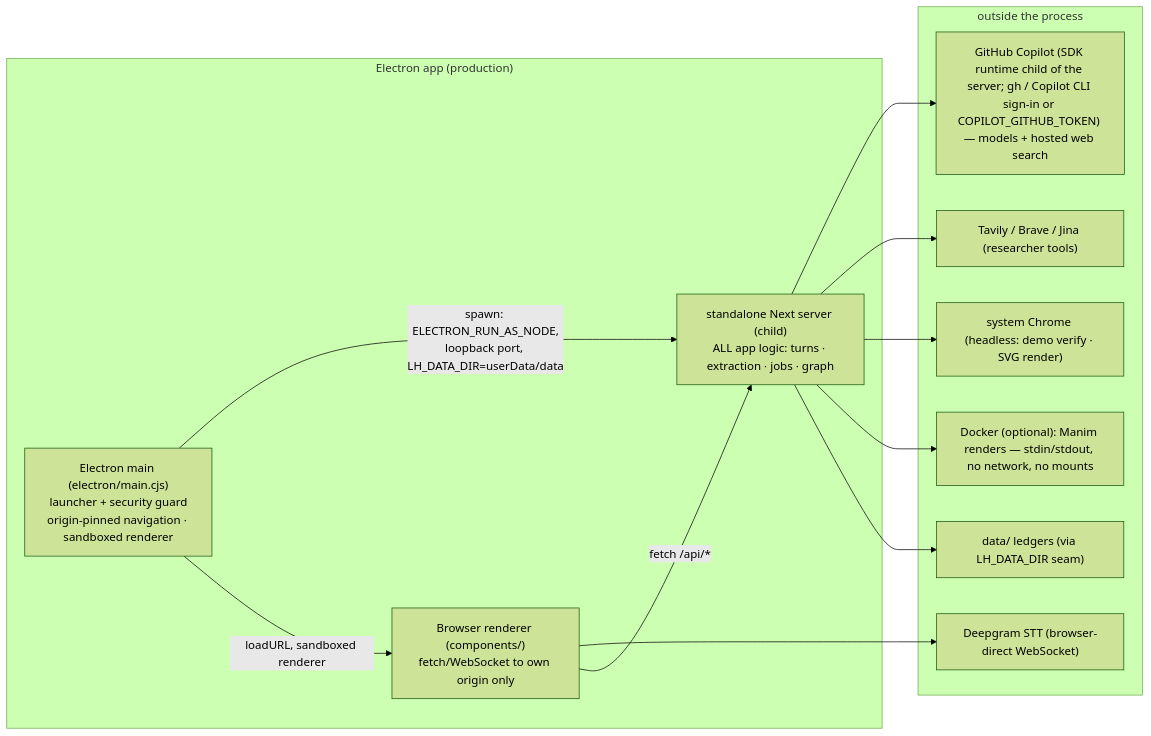
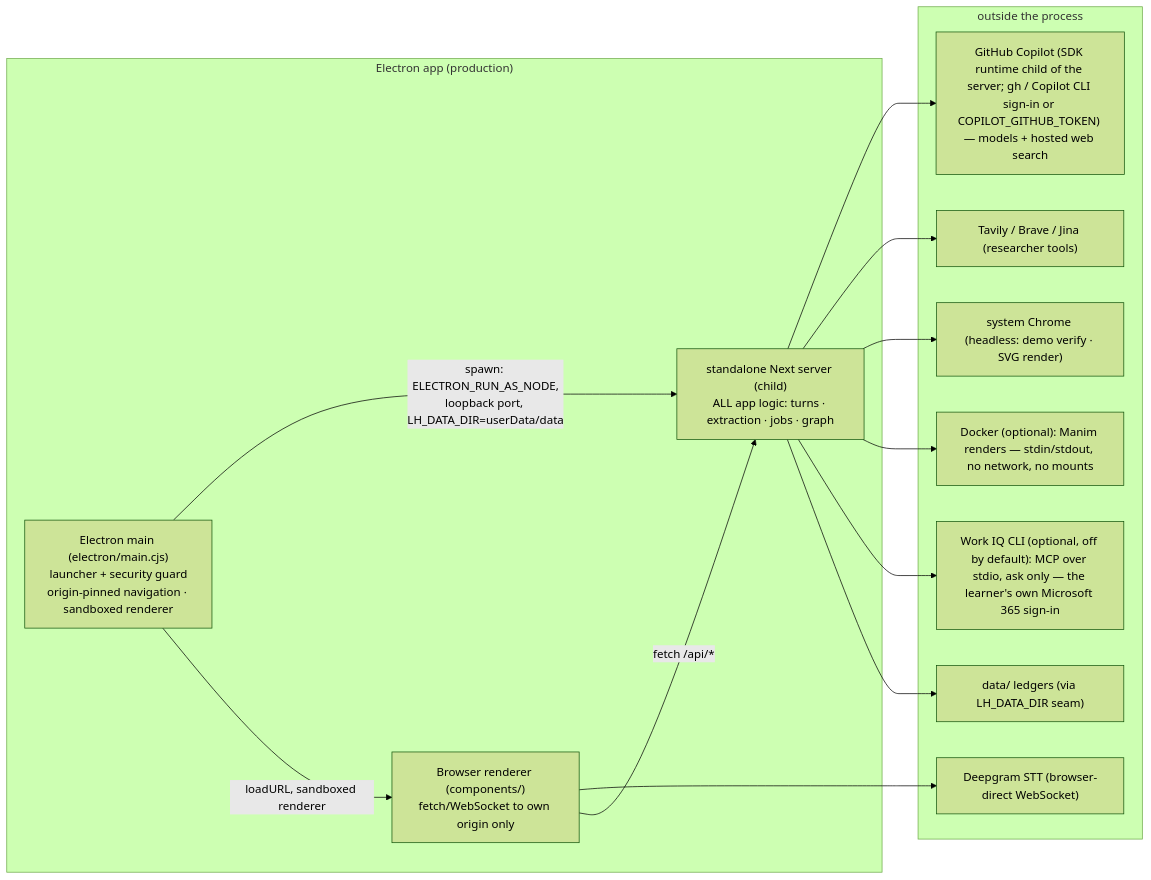
One commit to Bakar404/cairn changed the seventh of 7 diagrams in docs/architecture.md. Above: the diagram before and after it, drawn with Mermaid (forest theme). The commit also changed other lines of this file and 26 other files, not shown here.

````diff
--- a/docs/architecture.md
+++ b/docs/architecture.md
@@ -407,22 +407,24 @@
 ```mermaid
 flowchart LR
     subgraph DESKTOP["Electron app (production)"]
         MAIN["Electron main (electron/main.cjs)<br/>launcher + security guard<br/>origin-pinned navigation · sandboxed renderer"] -->|"spawn: ELECTRON_RUN_AS_NODE,<br/>loopback port, LH_DATA_DIR=userData/data"| NEXT["standalone Next server (child)<br/>ALL app logic: turns · extraction · jobs · graph"]
         MAIN -->|"loadURL, sandboxed renderer"| REND["Browser renderer (components/)<br/>fetch/WebSocket to own origin only"]
     end
     subgraph OUTSIDE["outside the process"]
         CP["GitHub Copilot (SDK runtime child of the server; gh / Copilot CLI sign-in or COPILOT_GITHUB_TOKEN) — models + hosted web search"]
         DG["Deepgram STT (browser-direct WebSocket)"]
         WEBT["Tavily / Brave / Jina (researcher tools)"]
         CHROME["system Chrome (headless: demo verify · SVG render)"]
         DOCKER["Docker (optional): Manim renders — stdin/stdout, no network, no mounts"]
+        WORKIQ["Work IQ CLI (optional, off by default): MCP over stdio, ask only — the learner's own Microsoft 365 sign-in"]
         DISK["data/ ledgers (via LH_DATA_DIR seam)"]
     end
     NEXT --> CP
     NEXT --> WEBT
     NEXT --> CHROME
     NEXT --> DOCKER
+    NEXT --> WORKIQ
     NEXT --> DISK
     REND --> DG
     REND -->|"fetch /api/*"| NEXT
 ```
````
